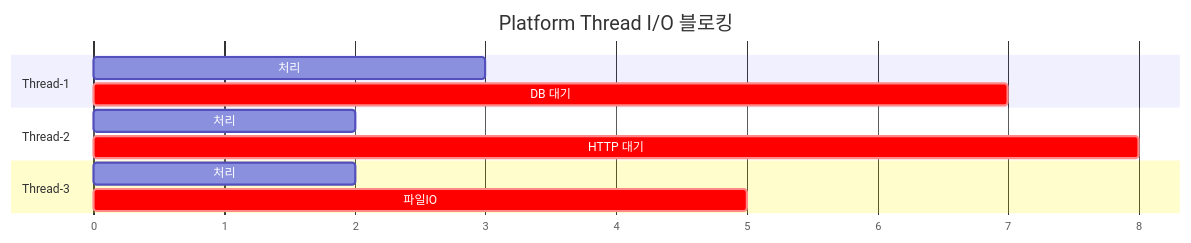
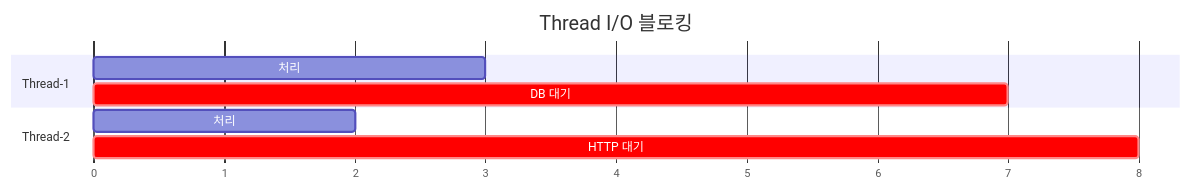
Before and after one commit to yjkim2015/yjkim2015.github.io: the first of 7 diagrams in _posts/java/2026-05-01-java-virtual-thread.md, drawn with Mermaid. The commit also changed other lines of this file and 48 other files, not shown here.

First line of the commit message:
Mermaid 최종 47건 수정: participant/노드/줄수/라벨 전부 기준 이하

````diff
--- a/_posts/java/2026-05-01-java-virtual-thread.md
+++ b/_posts/java/2026-05-01-java-virtual-thread.md
@@ -42,15 +42,12 @@
 ```mermaid
 gantt
-  title Platform Thread I/O 블로킹
+  title Thread I/O 블로킹
   dateFormat X
   axisFormat %s
   section Thread-1
   처리 : 0, 3
   DB 대기 : crit, 3, 7
   section Thread-2
   처리 : 0, 2
   HTTP 대기 : crit, 2, 8
-  section Thread-3
-  처리 : 0, 2
-  파일IO : crit, 2, 5
 ```
````
